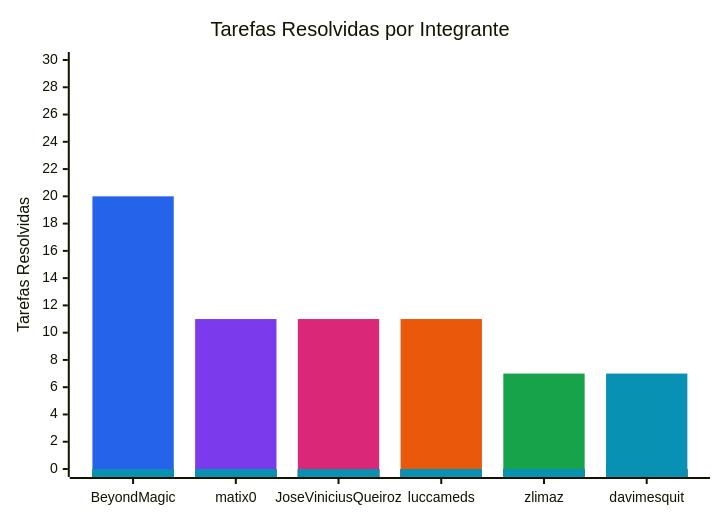
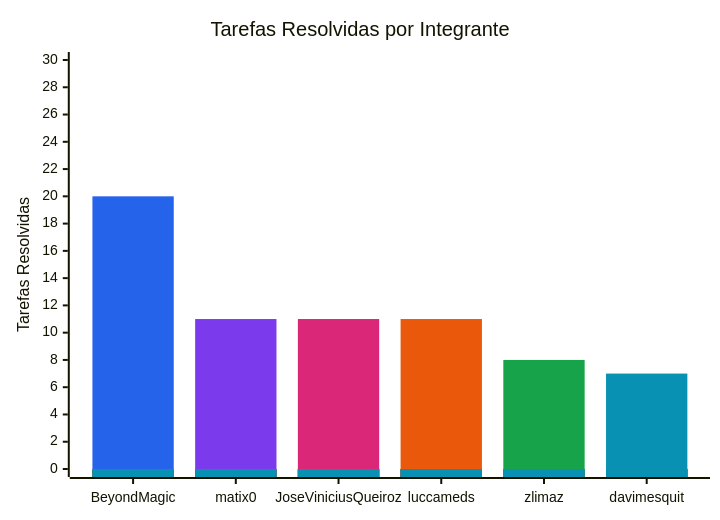
Before and after one commit to FCTE-Qualidade-de-Software-1/2026-2_T01_FRANS_BILAS: the diagram in documentation/snippets/management/resolved-issues.mmd, drawn with Mermaid. The commit also changed 5 other files, not shown here.

```diff
--- a/documentation/snippets/management/resolved-issues.mmd
+++ b/documentation/snippets/management/resolved-issues.mmd
@@ -1,11 +1,11 @@
 %%{init: {"themeVariables": {"xyChart": {"plotColorPalette": "#2563eb, #7c3aed, #db2777, #ea580c, #16a34a, #0891b2"}}}}%%
 xychart-beta
     title "Tarefas Resolvidas por Integrante"
     x-axis ["BeyondMagic", "matix0", "JoseViniciusQueiroz", "luccameds", "zlimaz", "davimesquit"]
     y-axis "Tarefas Resolvidas" 0 --> 30
     bar [20, 0, 0, 0, 0, 0]
     bar [0, 11, 0, 0, 0, 0]
     bar [0, 0, 11, 0, 0, 0]
     bar [0, 0, 0, 11, 0, 0]
-    bar [0, 0, 0, 0, 7, 0]
+    bar [0, 0, 0, 0, 8, 0]
     bar [0, 0, 0, 0, 0, 7]
```
